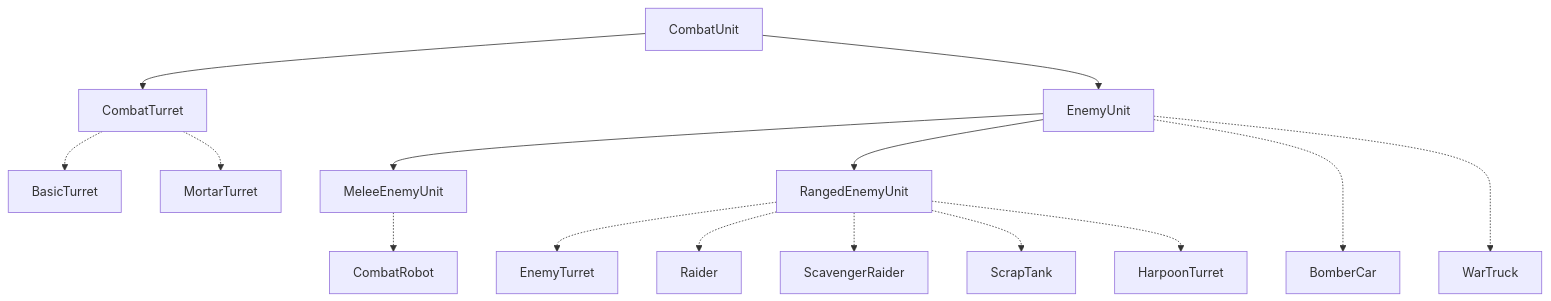
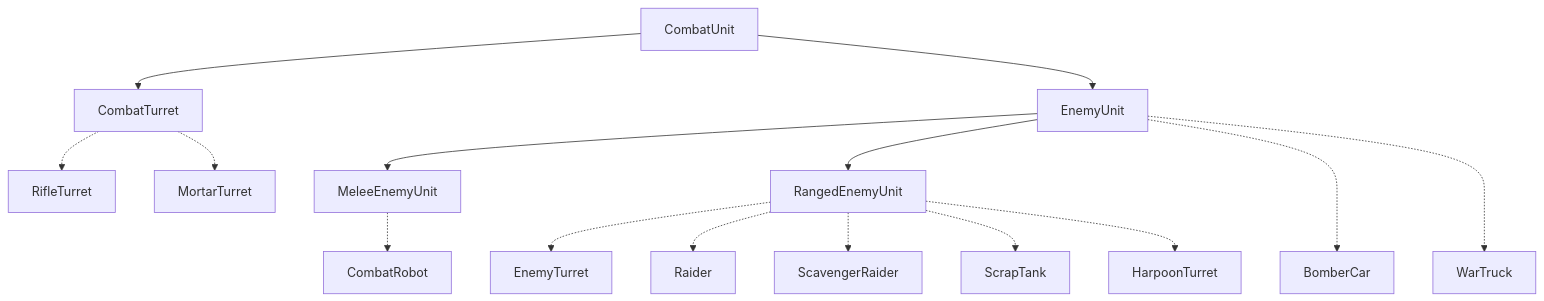
One commit to Bin-Buffstudio/Obsidian-Git changed the diagram in 유닛 코드 설계 및 구현도.md. Above: the diagram before and after it, drawn with Mermaid. The commit also changed other lines of this file, not shown here.

````diff
--- a/유닛 코드 설계 및 구현도.md
+++ b/유닛 코드 설계 및 구현도.md
@@ -21,33 +21,33 @@
 ```mermaid
  	 flowchart
      CombatUnit
 	     CombatTurret
-		     BasicTurret
+		     RifleTurret
 		     MortarTurret
 	     EnemyUnit
 		     MeleeEnemyUnit
 			     CombatRobot
 		     RangedEnemyUnit
 			     EnemyTurret
 			     Raider
 			     ScavengerRaider
 			     ScrapTank
 			     HarpoonTurret
 			BomberCar
 			WarTruck
  
      CombatUnit --> CombatTurret
      CombatUnit --> EnemyUnit
-     CombatTurret -.-> BasicTurret
+     CombatTurret -.-> RifleTurret
      CombatTurret -.-> MortarTurret
      EnemyUnit --> MeleeEnemyUnit
      MeleeEnemyUnit -.-> CombatRobot
      EnemyUnit --> RangedEnemyUnit
      RangedEnemyUnit -.-> EnemyTurret
      RangedEnemyUnit -.-> Raider
      RangedEnemyUnit -.-> ScavengerRaider
      RangedEnemyUnit -.-> ScrapTank
      RangedEnemyUnit -.-> HarpoonTurret
      EnemyUnit -..-> BomberCar
      EnemyUnit -..-> WarTruck
  ```
````
